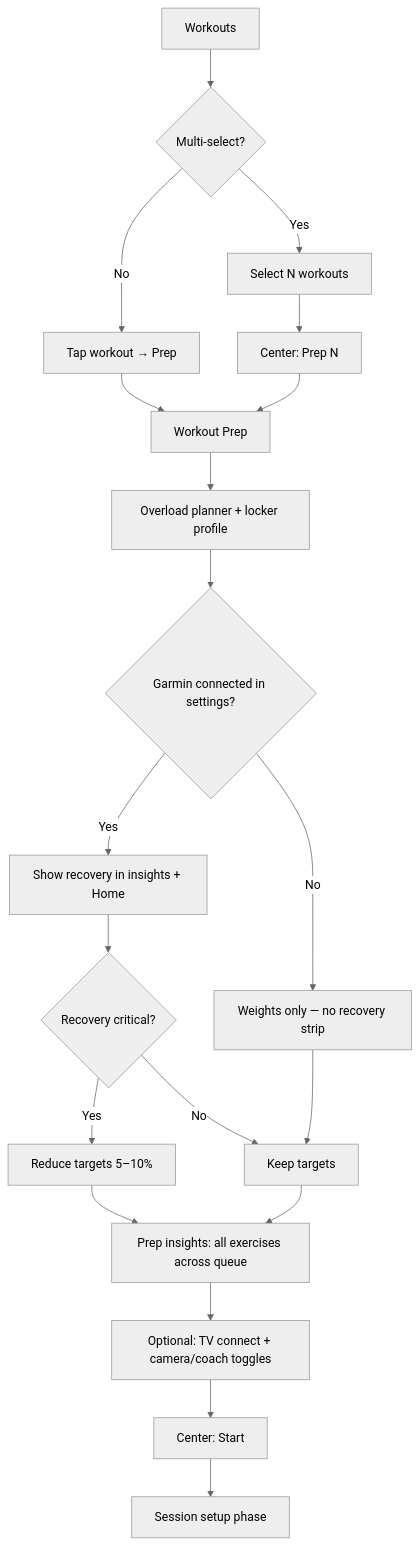
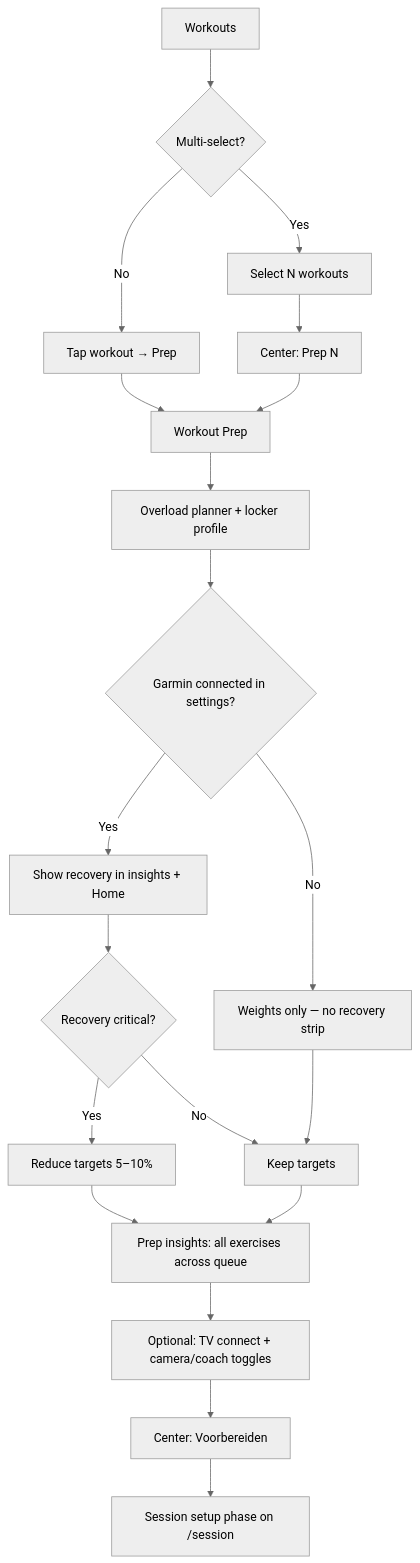
The second of 5 diagrams in ARCHITECTURE.md (ingmarstruijs/solo), drawn with Mermaid (neutral theme) before and after one commit. The commit also changed other lines of this file and 1 other file, not shown here.

First line of the commit message:
Document prep flow, rest UX, and coach announcements.

````diff
--- a/ARCHITECTURE.md
+++ b/ARCHITECTURE.md
@@ -65,22 +79,22 @@
 ```mermaid
 graph TD
   A[Workouts] --> B{Multi-select?}
   B -- No --> C[Tap workout → Prep]
   B -- Yes --> D[Select N workouts]
   D --> E[Center: Prep N]
   C --> F[Workout Prep]
   E --> F
   F --> G[Overload planner + locker profile]
   G --> H{Garmin connected in settings?}
   H -- Yes --> I[Show recovery in insights + Home]
   H -- No --> J[Weights only — no recovery strip]
   I --> K{Recovery critical?}
   K -- Yes --> L[Reduce targets 5–10%]
   K -- No --> M[Keep targets]
   J --> M
   L --> N[Prep insights: all exercises across queue]
   M --> N
   N --> O[Optional: TV connect + camera/coach toggles]
-  O --> P[Center: Start]
-  P --> Q[Session setup phase]
+  O --> P[Center: Voorbereiden]
+  P --> Q[Session setup phase on /session]
 ```
````
